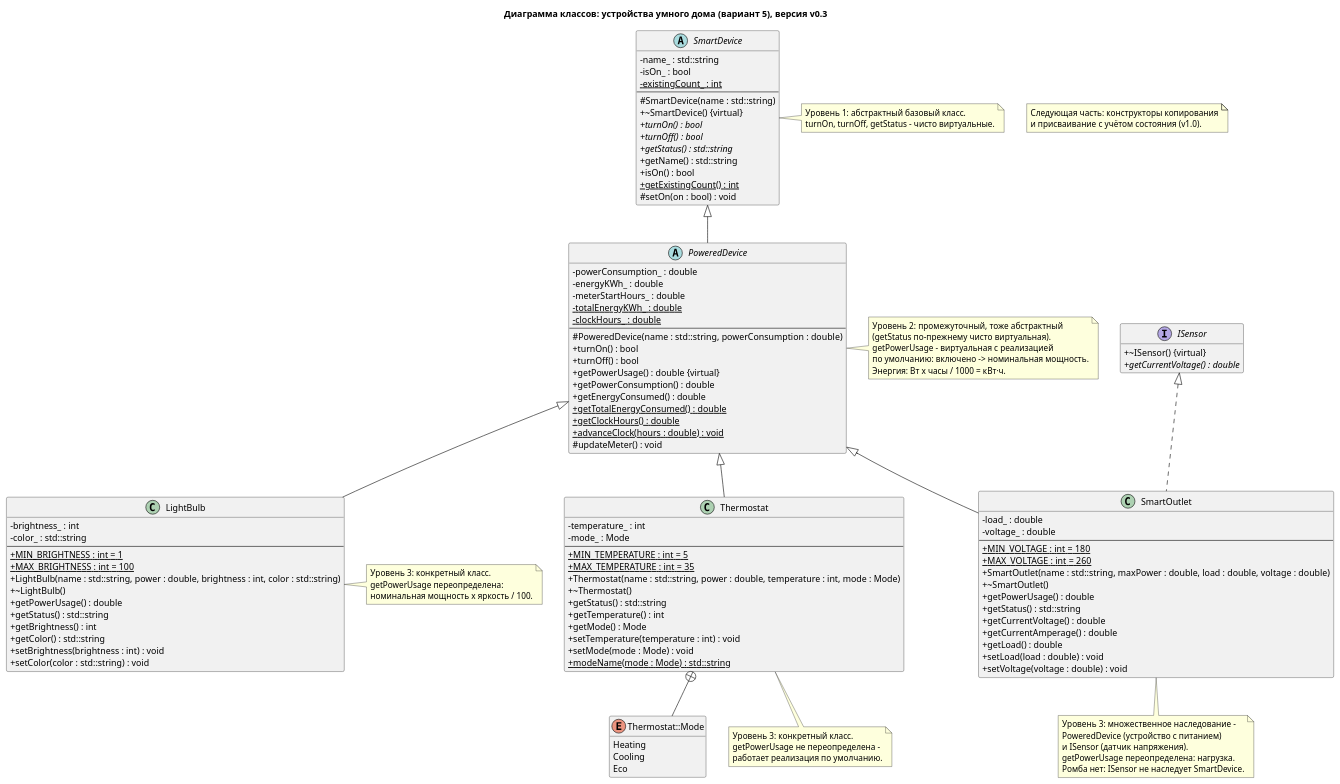
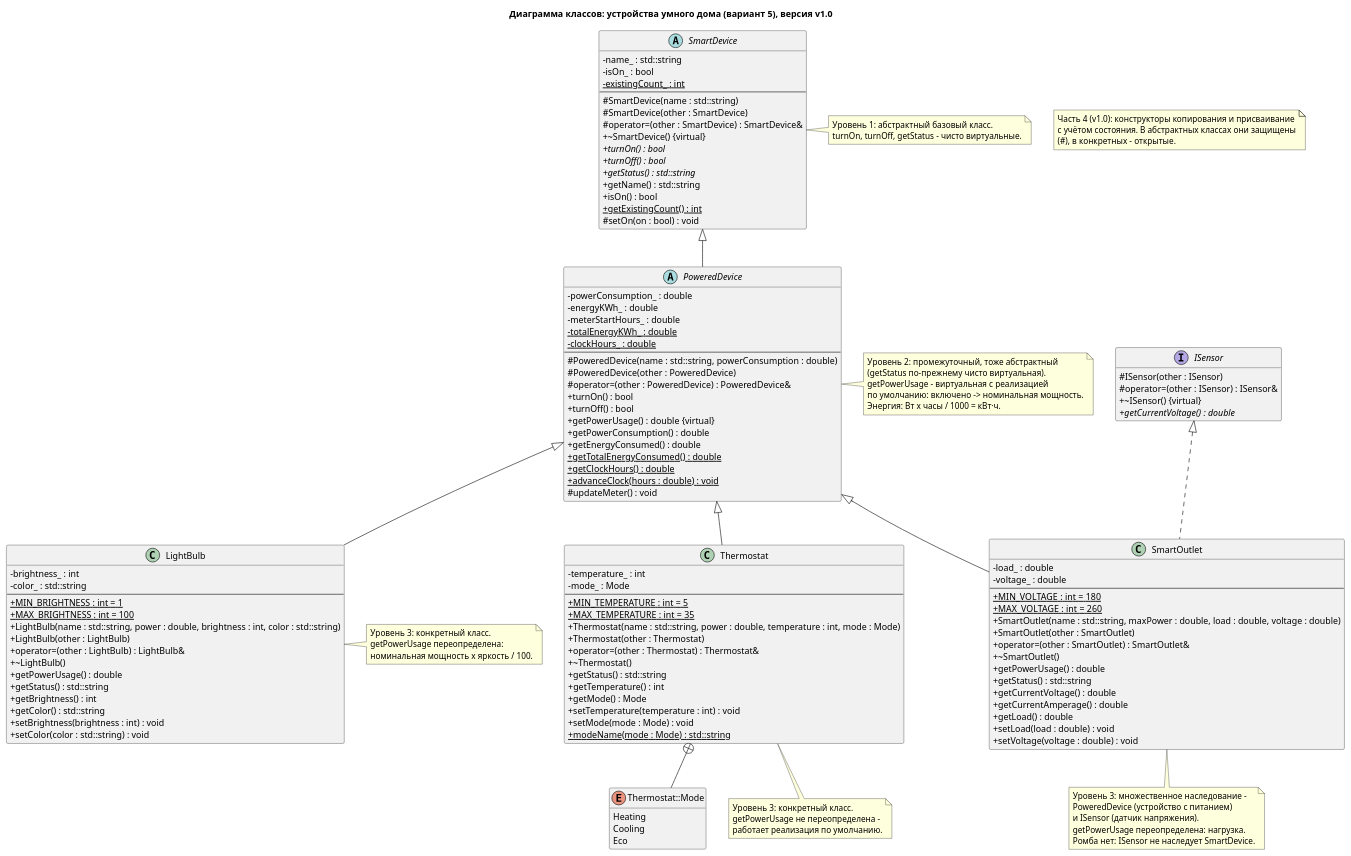
The diagram in uml/SmartHome.puml (Vareshka86/Lab4_OOP_try1), drawn with PlantUML before and after one commit. The commit also changed 6 other files, not shown here.

First line of the commit message:
Документация: страница части 4 и диаграмма с копированием

```diff
--- a/uml/SmartHome.puml
+++ b/uml/SmartHome.puml
@@ -1,142 +1,154 @@
 @startuml
-title Диаграмма классов: устройства умного дома (вариант 5), версия v0.3
+title Диаграмма классов: устройства умного дома (вариант 5), версия v1.0
 skinparam classAttributeIconSize 0
 hide empty members
 
 abstract class SmartDevice {
   - name_ : std::string
   - isOn_ : bool
   - {static} existingCount_ : int
   --
   # SmartDevice(name : std::string)
+  # SmartDevice(other : SmartDevice)
+  # operator=(other : SmartDevice) : SmartDevice&
   + ~SmartDevice() {virtual}
   + {abstract} turnOn() : bool
   + {abstract} turnOff() : bool
   + {abstract} getStatus() : std::string
   + getName() : std::string
   + isOn() : bool
   + {static} getExistingCount() : int
   # setOn(on : bool) : void
 }
 
 abstract class PoweredDevice {
   - powerConsumption_ : double
   - energyKWh_ : double
   - meterStartHours_ : double
   - {static} totalEnergyKWh_ : double
   - {static} clockHours_ : double
   --
   # PoweredDevice(name : std::string, powerConsumption : double)
+  # PoweredDevice(other : PoweredDevice)
+  # operator=(other : PoweredDevice) : PoweredDevice&
   + turnOn() : bool
   + turnOff() : bool
   + getPowerUsage() : double {virtual}
   + getPowerConsumption() : double
   + getEnergyConsumed() : double
   + {static} getTotalEnergyConsumed() : double
   + {static} getClockHours() : double
   + {static} advanceClock(hours : double) : void
   # updateMeter() : void
 }
 
 class LightBulb {
   - brightness_ : int
   - color_ : std::string
   --
   + {static} MIN_BRIGHTNESS : int = 1
   + {static} MAX_BRIGHTNESS : int = 100
   + LightBulb(name : std::string, power : double, brightness : int, color : std::string)
+  + LightBulb(other : LightBulb)
+  + operator=(other : LightBulb) : LightBulb&
   + ~LightBulb()
   + getPowerUsage() : double
   + getStatus() : std::string
   + getBrightness() : int
   + getColor() : std::string
   + setBrightness(brightness : int) : void
   + setColor(color : std::string) : void
 }
 
 class Thermostat {
   - temperature_ : int
   - mode_ : Mode
   --
   + {static} MIN_TEMPERATURE : int = 5
   + {static} MAX_TEMPERATURE : int = 35
   + Thermostat(name : std::string, power : double, temperature : int, mode : Mode)
+  + Thermostat(other : Thermostat)
+  + operator=(other : Thermostat) : Thermostat&
   + ~Thermostat()
   + getStatus() : std::string
   + getTemperature() : int
   + getMode() : Mode
   + setTemperature(temperature : int) : void
   + setMode(mode : Mode) : void
   + {static} modeName(mode : Mode) : std::string
 }
 
 enum "Thermostat::Mode" as Mode {
   Heating
   Cooling
   Eco
 }
 
 interface ISensor {
+  # ISensor(other : ISensor)
+  # operator=(other : ISensor) : ISensor&
   + ~ISensor() {virtual}
   + {abstract} getCurrentVoltage() : double
 }
 
 class SmartOutlet {
   - load_ : double
   - voltage_ : double
   --
   + {static} MIN_VOLTAGE : int = 180
   + {static} MAX_VOLTAGE : int = 260
   + SmartOutlet(name : std::string, maxPower : double, load : double, voltage : double)
+  + SmartOutlet(other : SmartOutlet)
+  + operator=(other : SmartOutlet) : SmartOutlet&
   + ~SmartOutlet()
   + getPowerUsage() : double
   + getStatus() : std::string
   + getCurrentVoltage() : double
   + getCurrentAmperage() : double
   + getLoad() : double
   + setLoad(load : double) : void
   + setVoltage(voltage : double) : void
 }
 
 SmartDevice <|-- PoweredDevice
 PoweredDevice <|-- LightBulb
 PoweredDevice <|-- Thermostat
 PoweredDevice <|-- SmartOutlet
 ISensor <|.. SmartOutlet
 Thermostat +-- Mode
 
 note right of SmartDevice
   Уровень 1: абстрактный базовый класс.
   turnOn, turnOff, getStatus - чисто виртуальные.
 end note
 
 note right of PoweredDevice
   Уровень 2: промежуточный, тоже абстрактный
   (getStatus по-прежнему чисто виртуальная).
   getPowerUsage - виртуальная с реализацией
   по умолчанию: включено -> номинальная мощность.
   Энергия: Вт x часы / 1000 = кВт·ч.
 end note
 
 note right of LightBulb
   Уровень 3: конкретный класс.
   getPowerUsage переопределена:
   номинальная мощность x яркость / 100.
 end note
 
 note bottom of Thermostat
   Уровень 3: конкретный класс.
   getPowerUsage не переопределена -
   работает реализация по умолчанию.
 end note
 
 note bottom of SmartOutlet
   Уровень 3: множественное наследование -
   PoweredDevice (устройство с питанием)
   и ISensor (датчик напряжения).
   getPowerUsage переопределена: нагрузка.
   Ромба нет: ISensor не наследует SmartDevice.
 end note
 
-note "Следующая часть: конструкторы копирования\nи присваивание с учётом состояния (v1.0)." as NextParts
+note "Часть 4 (v1.0): конструкторы копирования и присваивание\nс учётом состояния. В абстрактных классах они защищены\n(#), в конкретных - открытые." as CopyNote
 @enduml
```
